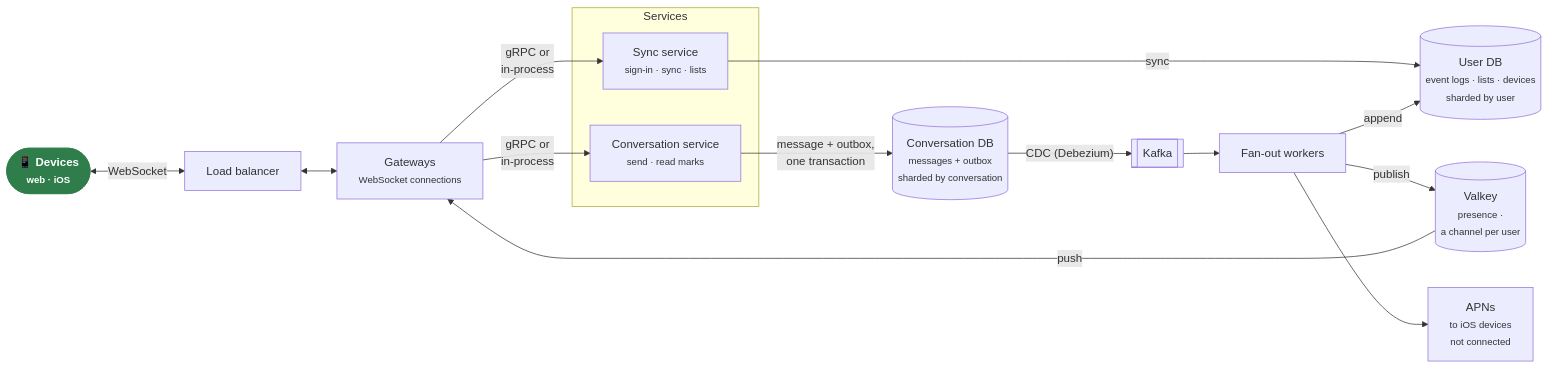
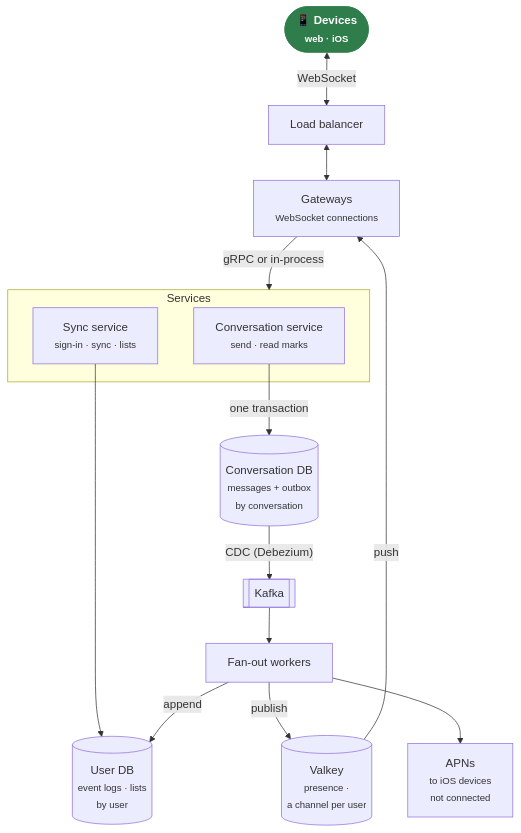
The diagram in README.md (vlumi/wrinkle), drawn with Mermaid before and after one commit.

Commit message:
README: the diagram top to bottom, readable in a narrow column

````diff
--- a/README.md
+++ b/README.md
@@ -19,29 +19,29 @@
 ```mermaid
-flowchart LR
+flowchart TB
   devices(["📱 Devices<br/><small>web · iOS</small>"])
   lb["Load balancer"]
   gw["Gateways<br/><small>WebSocket connections</small>"]
   subgraph services ["Services"]
     conv["Conversation service<br/><small>send · read marks</small>"]
     sync["Sync service<br/><small>sign-in · sync · lists</small>"]
   end
-  convdb[("Conversation DB<br/><small>messages + outbox<br/>sharded by conversation</small>")]
-  userdb[("User DB<br/><small>event logs · lists · devices<br/>sharded by user</small>")]
+  convdb[("Conversation DB<br/><small>messages + outbox<br/>by conversation</small>")]
+  userdb[("User DB<br/><small>event logs · lists<br/>by user</small>")]
   kafka[["Kafka"]]
   fanout["Fan-out workers"]
   valkey[("Valkey<br/><small>presence ·<br/>a channel per user</small>")]
   apns["APNs<br/><small>to iOS devices<br/>not connected</small>"]
 
   devices <-- "WebSocket" --> lb <--> gw
-  gw -- "gRPC or<br/>in-process" --> conv & sync
-  conv -- "message + outbox,<br/>one transaction" --> convdb
-  sync -- "sync" --> userdb
+  gw -- "gRPC or in-process" --> services
+  conv -- "one transaction" --> convdb
+  sync --> userdb
   convdb -- "CDC (Debezium)" --> kafka --> fanout
   fanout -- "append" --> userdb
   fanout -- "publish" --> valkey
   valkey -- "push" --> gw
   fanout --> apns
 
   classDef user fill:#2f7d4a,stroke:#2f7d4a,color:#fff,font-weight:bold
   class devices user
 ```
````
